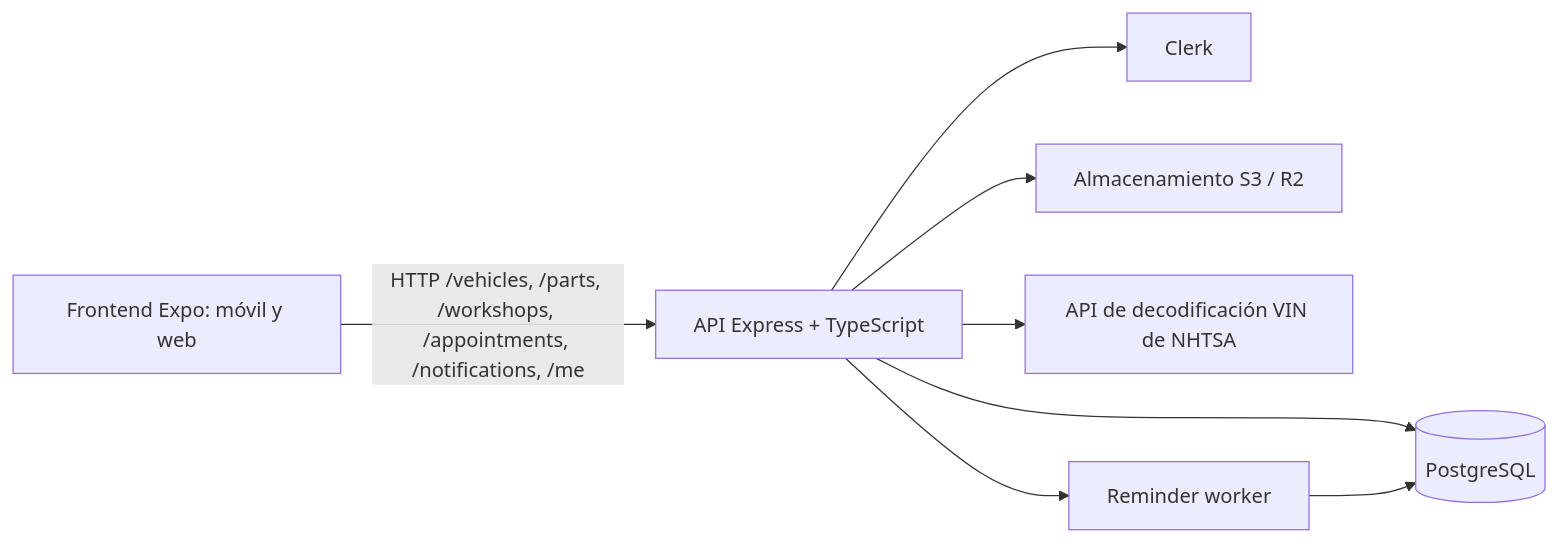
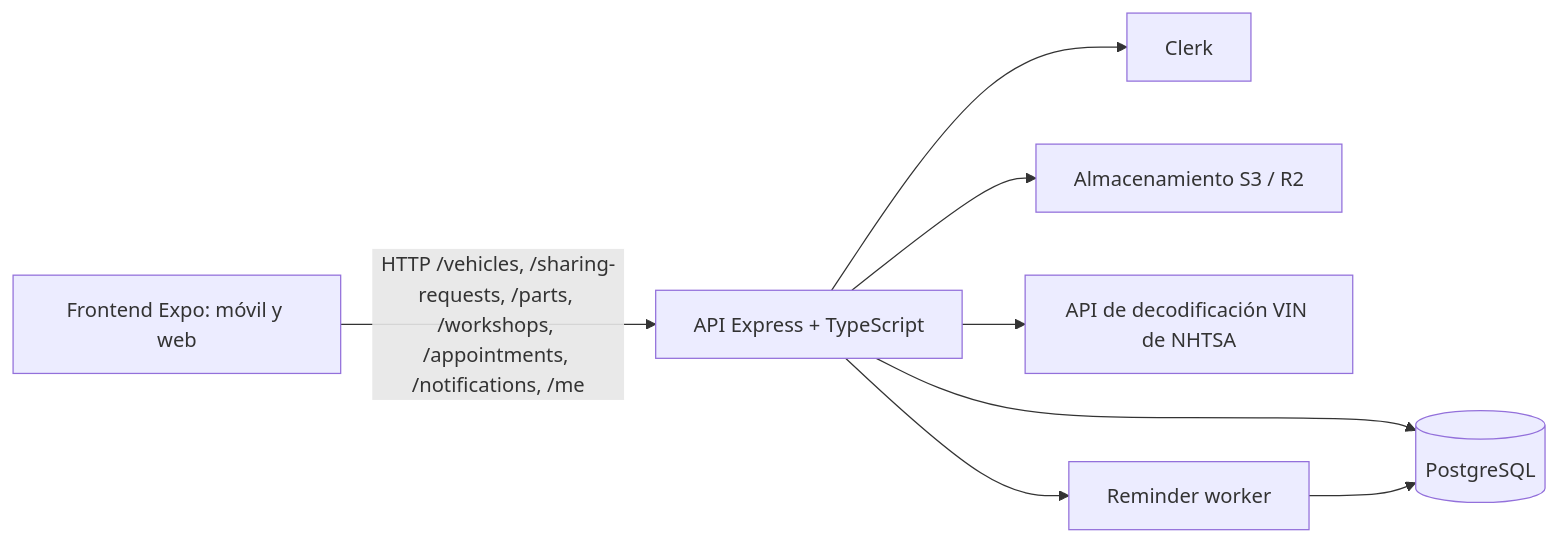
The diagram in README.md (Boris-Espinosa/AutoStory), drawn with Mermaid before and after one commit. The commit also changed other lines of this file and 4 other files, not shown here.

````diff
--- a/README.md
+++ b/README.md
@@ -52,10 +52,10 @@
 ```mermaid
 flowchart LR
-    A[Frontend Expo: móvil y web] -->|HTTP /vehicles, /parts, /workshops, /appointments, /notifications, /me| B[API Express + TypeScript]
+    A[Frontend Expo: móvil y web] -->|HTTP /vehicles, /sharing-requests, /parts, /workshops, /appointments, /notifications, /me| B[API Express + TypeScript]
     B --> C[(PostgreSQL)]
     B --> D[Clerk]
     B --> E[Almacenamiento S3 / R2]
     B --> F[API de decodificación VIN de NHTSA]
     B --> G[Reminder worker]
     G --> C
 ```
````
